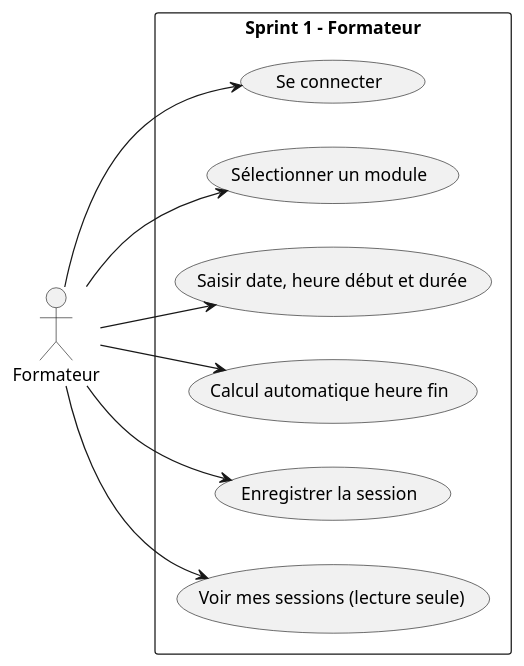
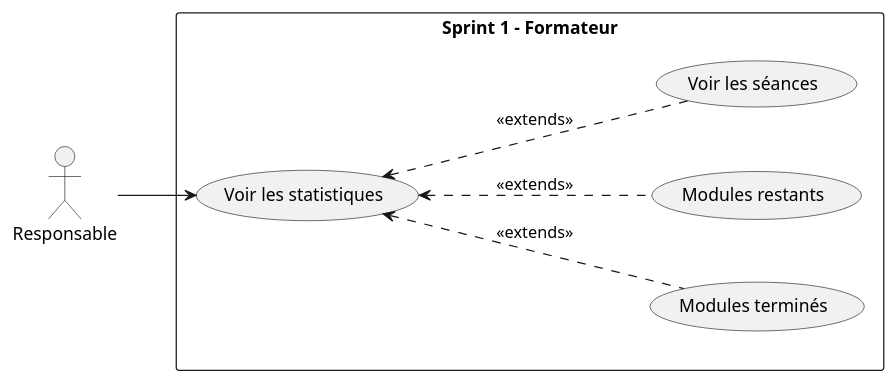
The diagram in Branch Functional/Analys/useCase_1.puml (Ayoub-El-Bouzidi/fil-rouge), drawn with PlantUML before and after one commit. The commit also changed other lines of this file and 1 other file, not shown here.

```diff
--- a/Branch Functional/Analys/useCase_1.puml
+++ b/Branch Functional/Analys/useCase_1.puml
@@ -1,23 +1,19 @@
 @startuml
 left to right direction
 skinparam packageStyle rectangle
 
-actor Formateur
+actor Responsable
 
 rectangle "Sprint 1 - Formateur" {
+  
+  usecase "Voir les statistiques"
+  usecase "Modules terminés" as ModulesFinis
+  usecase "Modules restants" as ModulesRestants
+  usecase "Voir les séances" as VoirSeances
 
-  usecase "Se connecter"
-  usecase "Sélectionner un module"
-  usecase "Saisir date, heure début et durée"
-  usecase "Calcul automatique heure fin"
-  usecase "Enregistrer la session"
-  usecase "Voir mes sessions (lecture seule)"
-
-  Formateur --> "Se connecter"
-  Formateur --> "Sélectionner un module"
-  Formateur --> "Saisir date, heure début et durée"
-  Formateur --> "Calcul automatique heure fin"
-  Formateur --> "Enregistrer la session"
-  Formateur --> "Voir mes sessions (lecture seule)"
+  Responsable --> "Voir les statistiques"
+  "Voir les statistiques" <--. ModulesFinis : <<extends>>
+  "Voir les statistiques" <--. ModulesRestants : <<extends>>
+  "Voir les statistiques" <--. VoirSeances : <<extends>>
 }
 @enduml
```
